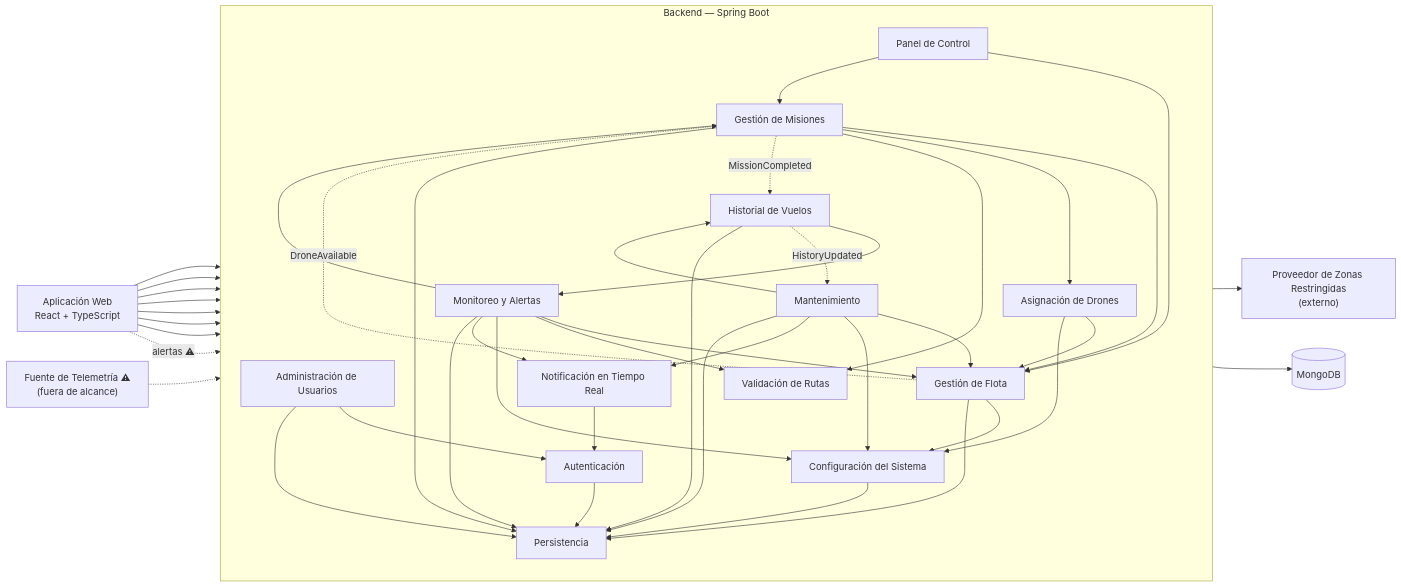
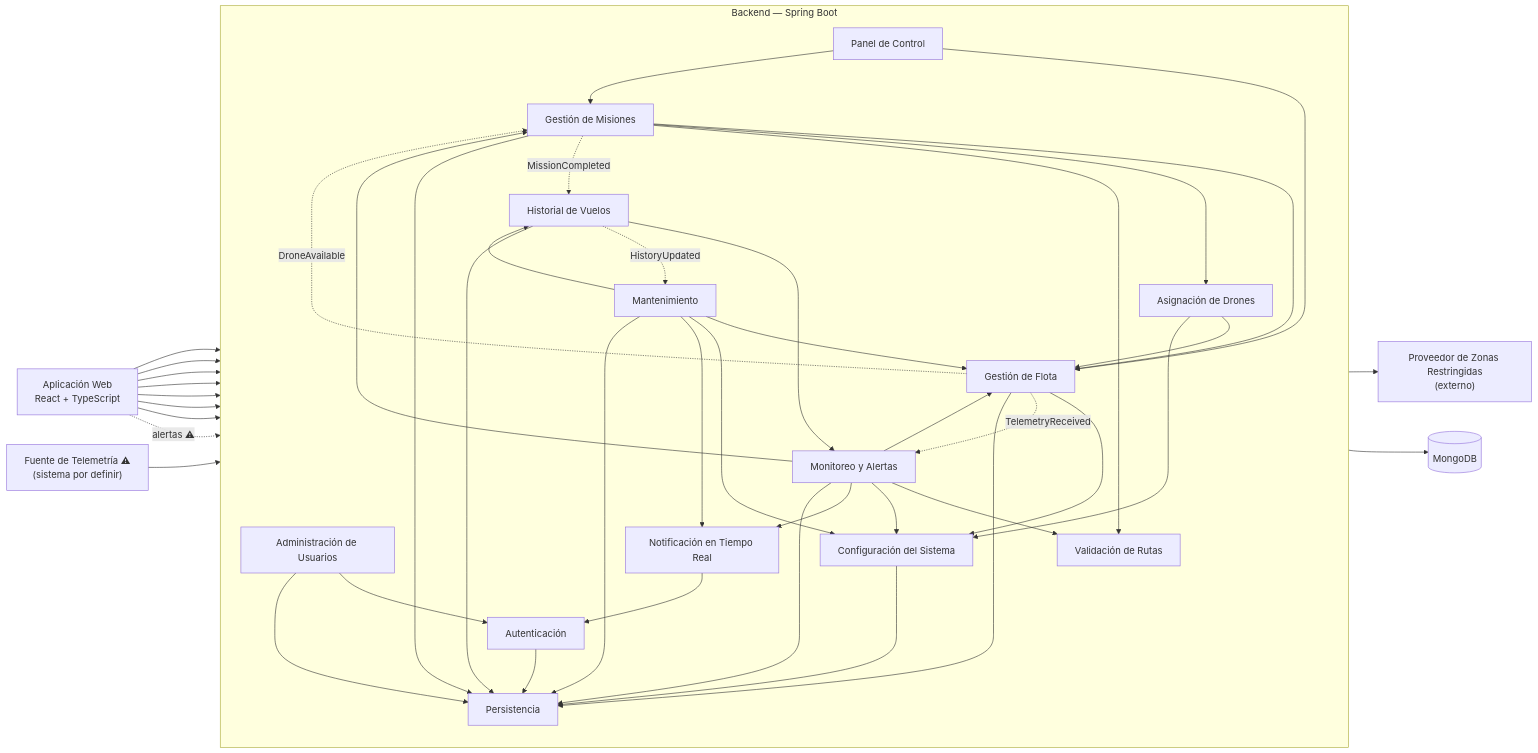
Before and after one commit to Juanescuaran2041/dronflow: the diagram in docs/diagrama-componentes.md, drawn with Mermaid. The commit also changed other lines of this file and 8 other files, not shown here.

First line of the commit message:
docs: actualiza los diagramas de clases, componentes y contexto con las decisiones del autor

````diff
--- a/docs/diagrama-componentes.md
+++ b/docs/diagrama-componentes.md
@@ -19,46 +19,47 @@
 ```mermaid
 flowchart LR
     WEB["Aplicación Web<br/>React + TypeScript"]
 
     subgraph BE["Backend — Spring Boot"]
         direction TB
         AUT["Autenticación"]
         USR["Administración de Usuarios"]
         FLT["Gestión de Flota"]
         MIS["Gestión de Misiones"]
         ASG["Asignación de Drones"]
         RTE["Validación de Rutas"]
         MON["Monitoreo y Alertas"]
         NOT["Notificación en Tiempo Real"]
         HIS["Historial de Vuelos"]
         MNT["Mantenimiento"]
         DSH["Panel de Control"]
         CFG["Configuración del Sistema"]
         PER["Persistencia"]
     end
 
     DB[("MongoDB")]
     ZON["Proveedor de Zonas Restringidas<br/>(externo)"]
-    TEL["Fuente de Telemetría ⚠<br/>(fuera de alcance)"]
+    TEL["Fuente de Telemetría ⚠<br/>(sistema por definir)"]
 
     WEB --> AUT & USR & FLT & MIS & MNT & DSH & CFG
     WEB -. "alertas ⚠" .-> NOT
 
     USR --> AUT
     MIS --> FLT & ASG & RTE
     ASG --> FLT & CFG
     RTE --> ZON
     FLT --> CFG
-    TEL -.-> MON
+    TEL --> FLT
+    FLT -. "TelemetryReceived" .-> MON
     MON --> MIS & FLT & RTE & CFG & NOT
     MIS -. "MissionCompleted" .-> HIS
     HIS --> MON
     HIS -. "HistoryUpdated" .-> MNT
     MNT --> FLT & HIS & CFG & NOT
     FLT -. "DroneAvailable" .-> MIS
     DSH --> FLT & MIS
     NOT --> AUT
 
     AUT & USR & FLT & MIS & MON & HIS & MNT & CFG --> PER
     PER --> DB
 ```
````
